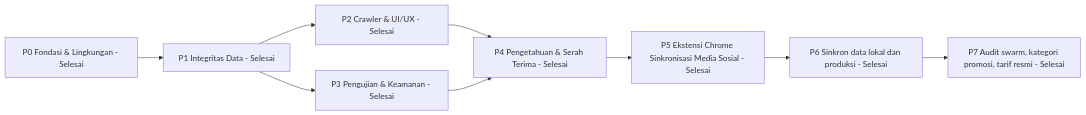
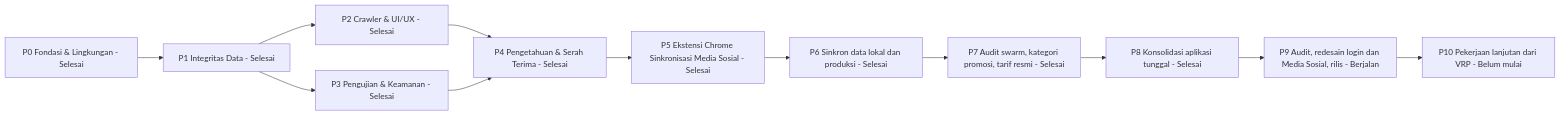
The diagram in docs/phase/00_master_execution_flow.md (sanghyangresortanyer/sanghyang-analytics), drawn with Mermaid before and after one commit. The commit also changed other lines of this file and 123 other files, not shown here.

First line of the commit message:
Konsolidasi pembaruan VRP, login baru, dan tab Media Sosial terpadu

````diff
--- a/docs/phase/00_master_execution_flow.md
+++ b/docs/phase/00_master_execution_flow.md
@@ -21,11 +23,14 @@
 ```mermaid
 flowchart LR
   P0[P0 Fondasi & Lingkungan - Selesai] --> P1[P1 Integritas Data - Selesai]
   P1 --> P2[P2 Crawler & UI/UX - Selesai]
   P1 --> P3[P3 Pengujian & Keamanan - Selesai]
   P2 --> P4[P4 Pengetahuan & Serah Terima - Selesai]
   P3 --> P4
   P4 --> P5[P5 Ekstensi Chrome Sinkronisasi Media Sosial - Selesai]
   P5 --> P6[P6 Sinkron data lokal dan produksi - Selesai]
   P6 --> P7[P7 Audit swarm, kategori promosi, tarif resmi - Selesai]
+  P7 --> P8[P8 Konsolidasi aplikasi tunggal - Selesai]
+  P8 --> P9[P9 Audit, redesain login dan Media Sosial, rilis - Berjalan]
+  P9 --> P10[P10 Pekerjaan lanjutan dari VRP - Belum mulai]
 ```
````
